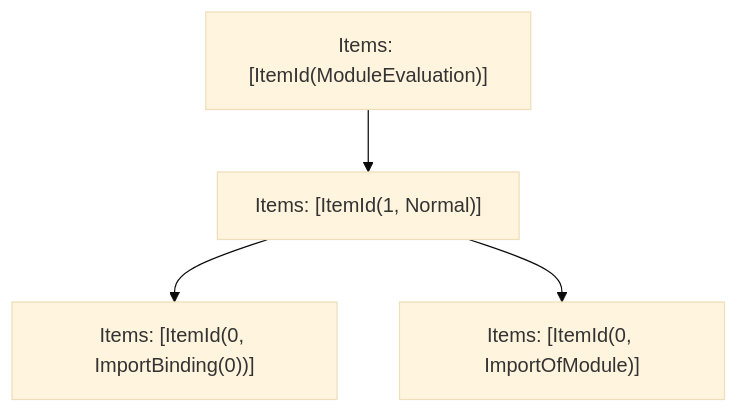
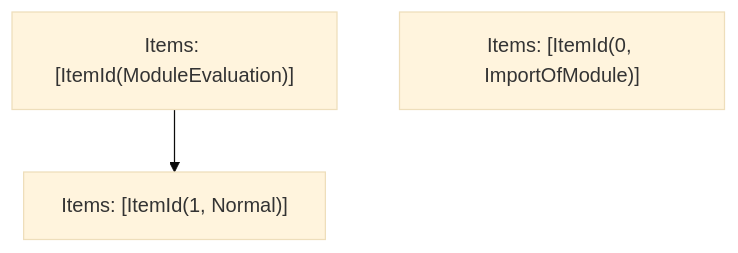
One commit to Sonar-UX-Testing-FreePlan/next.js changed the fifth of 5 diagrams in turbopack/crates/turbopack-ecmascript/tests/tree-shaker/analyzer/dce/output.md. Above: the diagram before and after it, drawn with Mermaid (base theme). The commit also changed other lines of this file and 38 other files, not shown here.

````diff
--- a/turbopack/crates/turbopack-ecmascript/tests/tree-shaker/analyzer/dce/output.md
+++ b/turbopack/crates/turbopack-ecmascript/tests/tree-shaker/analyzer/dce/output.md
@@ -81,10 +81,7 @@
 ```mermaid
 graph TD
     N0["Items: [ItemId(ModuleEvaluation)]"];
-    N1["Items: [ItemId(0, ImportOfModule)]"];
-    N2["Items: [ItemId(0, ImportBinding(0))]"];
-    N3["Items: [ItemId(1, Normal)]"];
-    N3 --> N2;
-    N3 --> N1;
-    N0 --> N3;
+    N1["Items: [ItemId(1, Normal)]"];
+    N2["Items: [ItemId(0, ImportOfModule)]"];
+    N0 --> N1;
 ```
````
